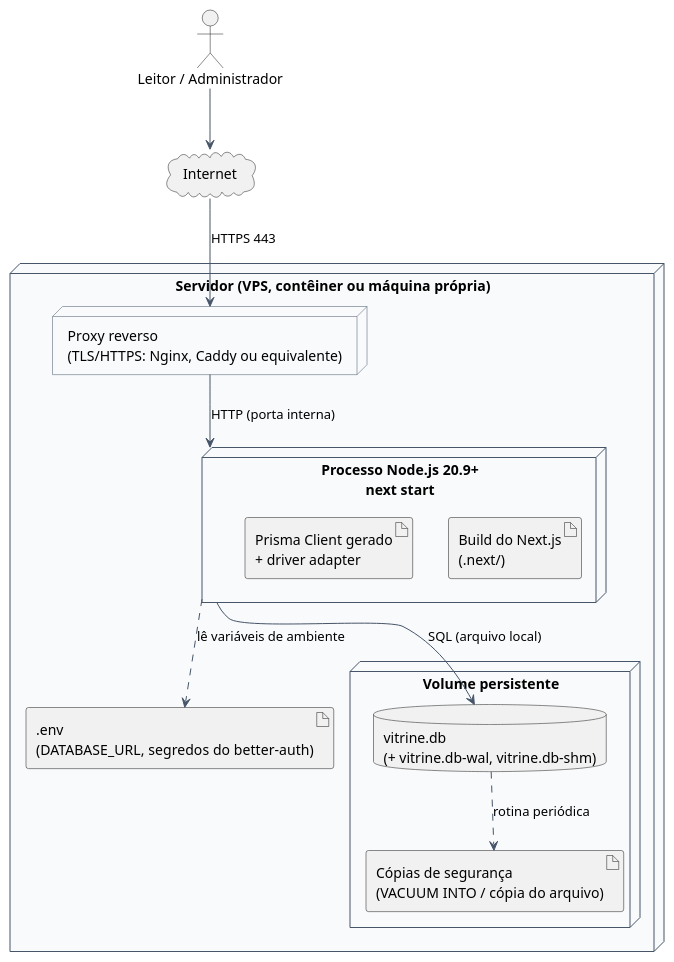
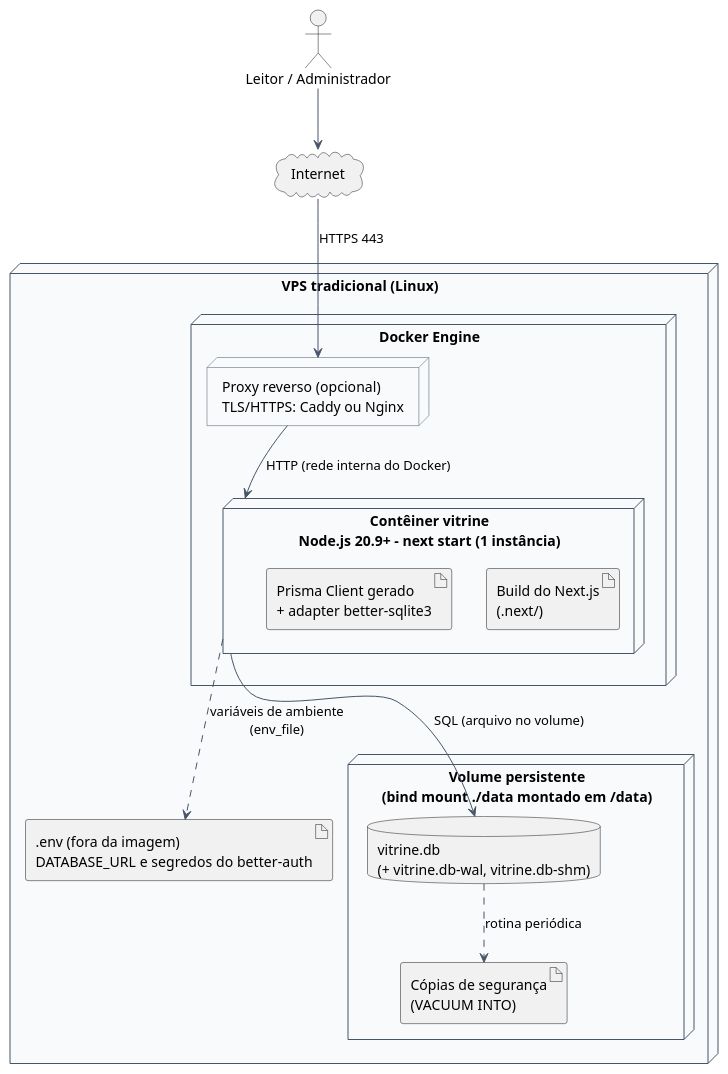
Before and after one commit to fromcaio/vitrine: the diagram in doc/diagrams/src/impl-implantacao.puml, drawn with PlantUML. The commit also changed 29 other files, not shown here.

```diff
--- a/doc/diagrams/src/impl-implantacao.puml
+++ b/doc/diagrams/src/impl-implantacao.puml
@@ -1,38 +1,40 @@
 @startuml impl-implantacao
 ' ===========================================================================
-' Vitrine - Diagrama de implantação (alvo recomendado: servidor com disco persistente)
+' Vitrine - Diagrama de implantação: contêiner Docker em VPS tradicional
 ' Figura: fig:impl-implantacao (doc/tex/capitulos/cap5_arquitetura.tex, Apêndice D)
-' Observação: plataformas serverless com sistema de arquivos efêmero exigem outro
-' driver de banco (ver decisão D-04 e Apêndice D).
+' Decisão D-04 (Engenheiro Chefe, 2026-09-30): imagem Docker em VPS tradicional com
+' volume persistente para o SQLite (ADR-011). Plataformas serverless não são alvo.
 ' ===========================================================================
 skinparam shadowing false
 skinparam defaultFontName Arial
 skinparam ArrowColor #475569
 skinparam node {
   BackgroundColor #F8FAFC
   BorderColor #475569
 }
 
 actor "Leitor / Administrador" as User
 cloud "Internet" as Net
 
-node "Servidor (VPS, contêiner ou máquina própria)" as Srv {
-  node "Proxy reverso\n(TLS/HTTPS: Nginx, Caddy ou equivalente)" as Rp
-  node "Processo Node.js 20.9+\nnext start" as App {
-    artifact "Build do Next.js\n(.next/)" as Build
-    artifact "Prisma Client gerado\n+ driver adapter" as Client
+node "VPS tradicional (Linux)" as Vps {
+  node "Docker Engine" as Docker {
+    node "Proxy reverso (opcional)\nTLS/HTTPS: Caddy ou Nginx" as Rp
+    node "Contêiner vitrine\nNode.js 20.9+ - next start (1 instância)" as App {
+      artifact "Build do Next.js\n(.next/)" as Build
+      artifact "Prisma Client gerado\n+ adapter better-sqlite3" as Client
+    }
   }
-  node "Volume persistente" as Vol {
+  node "Volume persistente\n(bind mount ./data montado em /data)" as Vol {
     database "vitrine.db\n(+ vitrine.db-wal, vitrine.db-shm)" as Db
-    artifact "Cópias de segurança\n(VACUUM INTO / cópia do arquivo)" as Bkp
+    artifact "Cópias de segurança\n(VACUUM INTO)" as Bkp
   }
-  artifact ".env\n(DATABASE_URL, segredos do better-auth)" as Env
+  artifact ".env (fora da imagem)\nDATABASE_URL e segredos do better-auth" as Env
 }
 
 User --> Net
 Net --> Rp : HTTPS 443
-Rp --> App : HTTP (porta interna)
-App --> Db : SQL (arquivo local)
-App ..> Env : lê variáveis de ambiente
+Rp --> App : HTTP (rede interna do Docker)
+App --> Db : SQL (arquivo no volume)
+App ..> Env : variáveis de ambiente\n(env_file)
 Db ..> Bkp : rotina periódica
 @enduml
```
